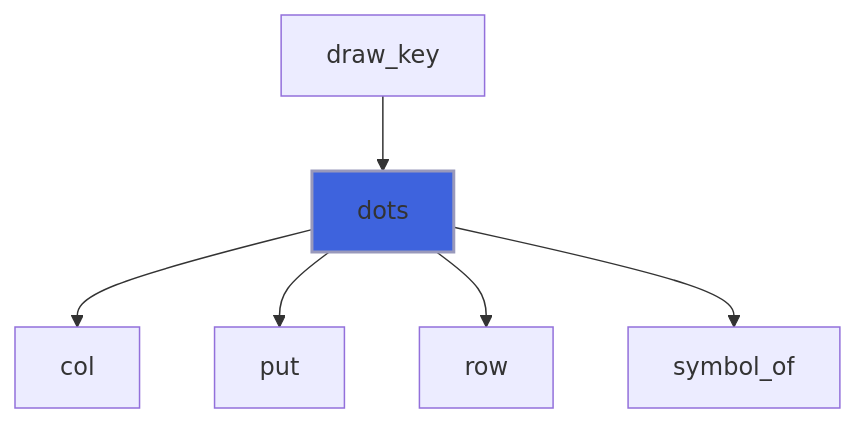
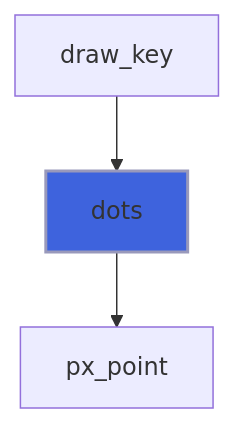
One commit to szaghi/foresight changed diagram 11 of 30 in docs/api/src/lib/foresight_backend_dumb.md. Above: the diagram before and after it, drawn with Mermaid. The commit also changed other lines of this file and 97 other files, not shown here.

````diff
--- a/docs/api/src/lib/foresight_backend_dumb.md
+++ b/docs/api/src/lib/foresight_backend_dumb.md
@@ -361,9 +392,6 @@
 ```mermaid
 flowchart TD
   draw_key["draw_key"] --> dots["dots"]
-  dots["dots"] --> col["col"]
-  dots["dots"] --> put["put"]
-  dots["dots"] --> row["row"]
-  dots["dots"] --> symbol_of["symbol_of"]
+  dots["dots"] --> px_point["px_point"]
   style dots fill:#3e63dd,stroke:#99b,stroke-width:2px
 ```
````
